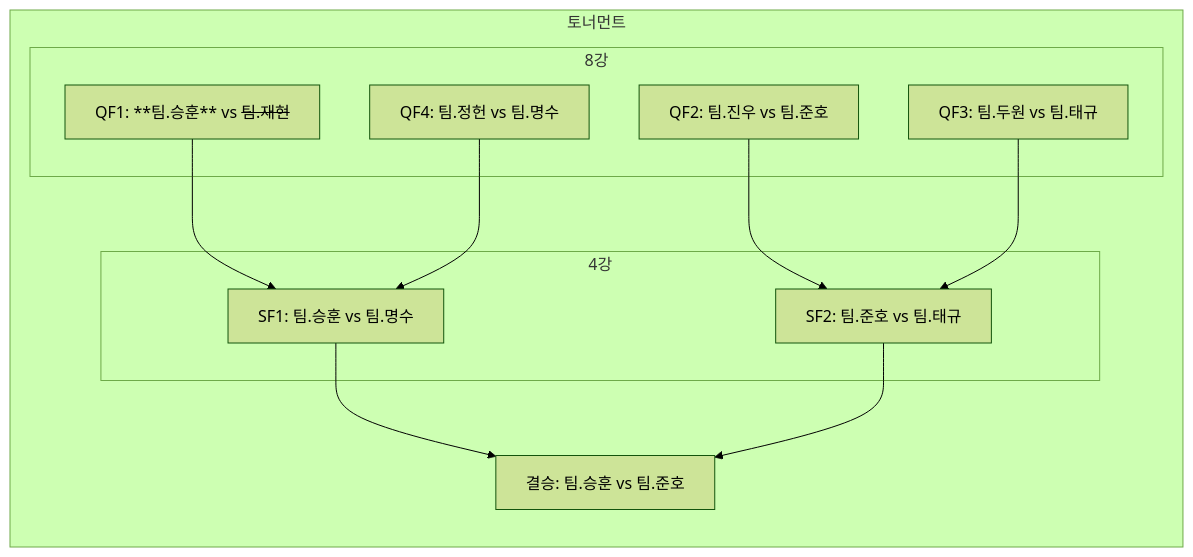
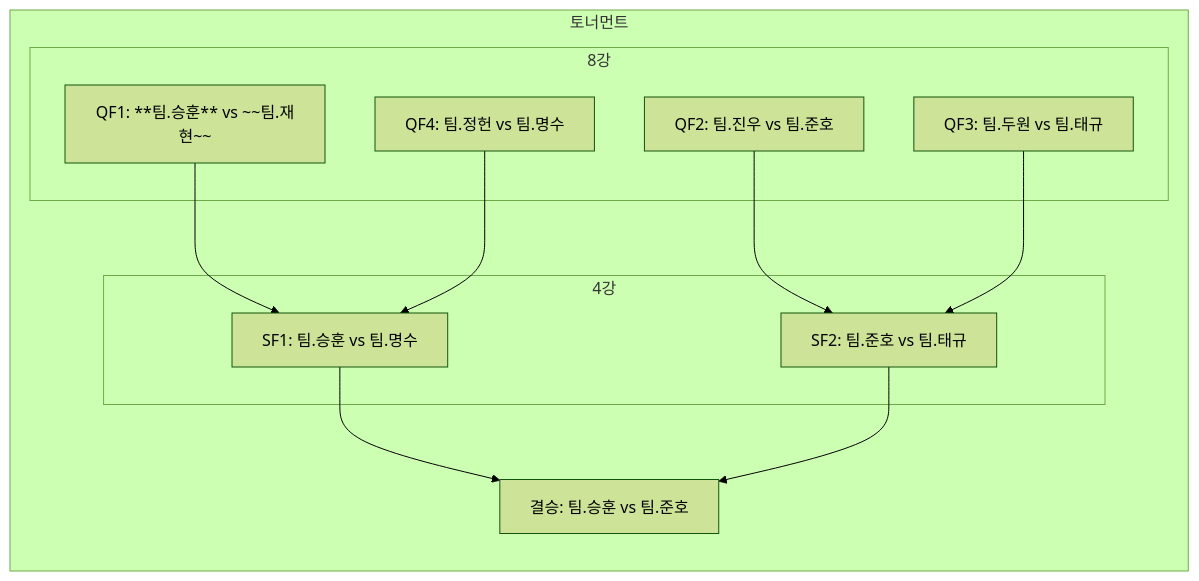
The third of 3 diagrams in 브롤대회.md (winteruss/3-8-Brawlstars-Tournament), drawn with Mermaid (forest theme) before and after one commit.

````diff
--- a/브롤대회.md
+++ b/브롤대회.md
@@ -100,25 +100,25 @@
 ```mermaid
 flowchart TB
 %% 토너먼트
   subgraph KO["토너먼트"]
     direction TB
     subgraph QF["8강"]
-      QF1["QF1: **팀.승훈** vs <s>팀.재현</s>"]
+      QF1["QF1: **팀.승훈** vs ~~팀.재현~~"]
       QF2["QF2: 팀.진우 vs 팀.준호"]
       QF3["QF3: 팀.두원 vs 팀.태규"]
       QF4["QF4: 팀.정헌 vs 팀.명수"]
     end
     subgraph SF["4강"]
       SF1["SF1: 팀.승훈 vs 팀.명수"]
       SF2["SF2: 팀.준호 vs 팀.태규"]
     end
     Final["결승: 팀.승훈 vs 팀.준호"]
   end
   %% 화살표 연결
   QF1 --> SF1
   QF4 --> SF1
   QF2 --> SF2
   QF3 --> SF2
   SF1 --> Final
   SF2 --> Final
 ```
````
